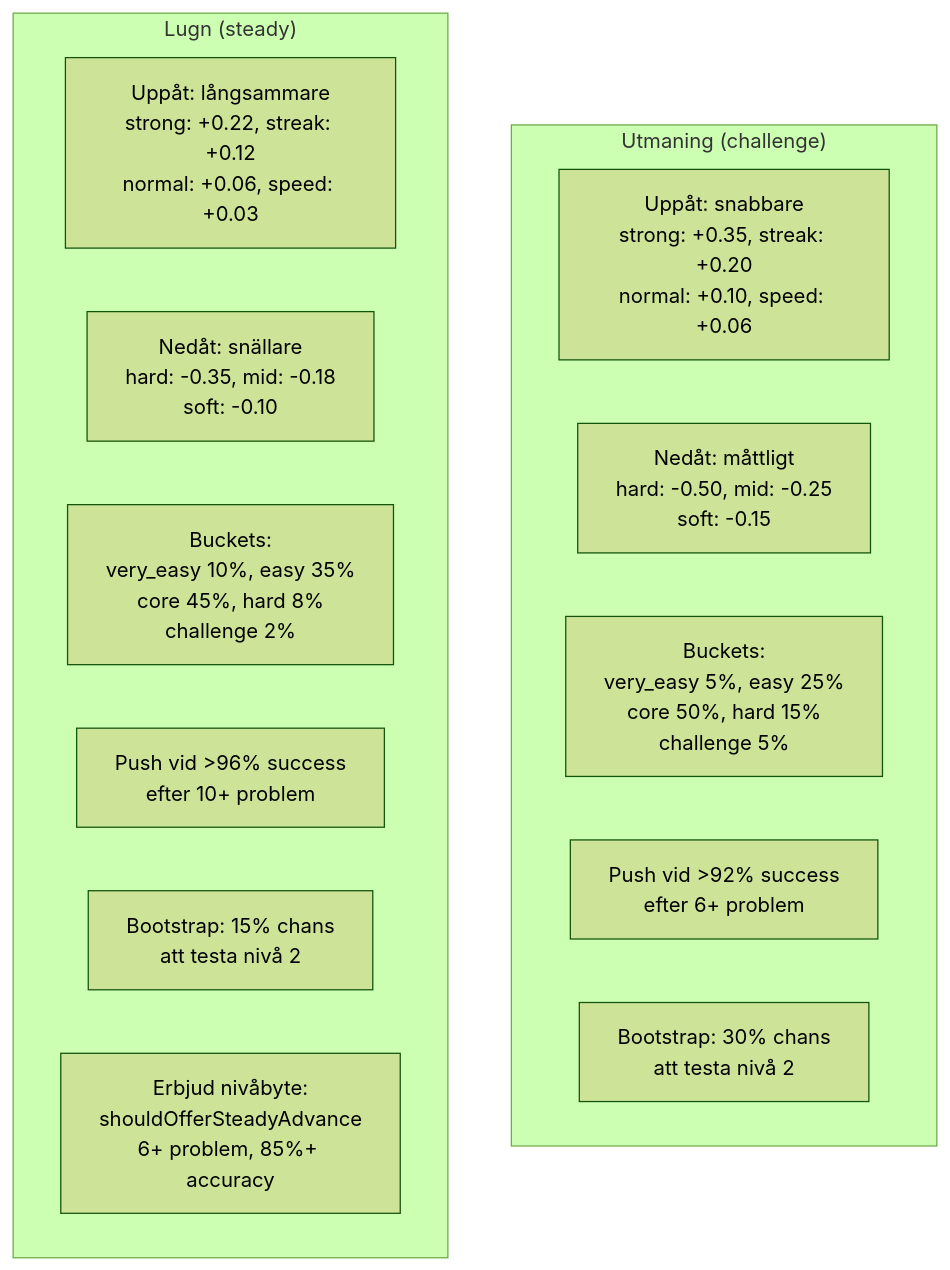
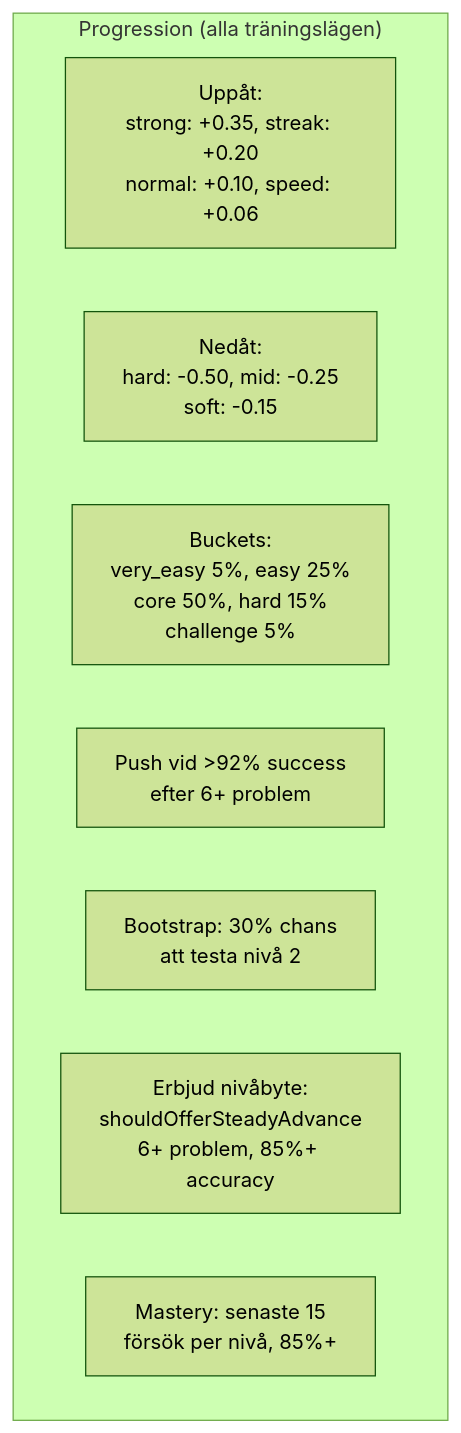
One commit to ximonse/sequential_math changed diagram 13 of 13 in docs/data-flow.md. Above: the diagram before and after it, drawn with Mermaid (forest theme). The commit also changed other lines of this file and 7 other files, not shown here.

First line of the commit message:
Switch free training to per-domain mastery floor with equal rotation

````diff
--- a/docs/data-flow.md
+++ b/docs/data-flow.md
@@ -566,19 +570,12 @@
 ```mermaid
 graph TB
-    subgraph Challenge ["Utmaning (challenge)"]
-        C_Up["Uppåt: snabbare<br/>strong: +0.35, streak: +0.20<br/>normal: +0.10, speed: +0.06"]
-        C_Down["Nedåt: måttligt<br/>hard: -0.50, mid: -0.25<br/>soft: -0.15"]
-        C_Bucket["Buckets:<br/>very_easy 5%, easy 25%<br/>core 50%, hard 15%<br/>challenge 5%"]
-        C_Push["Push vid >92% success<br/>efter 6+ problem"]
-        C_Boot["Bootstrap: 30% chans<br/>att testa nivå 2"]
-    end
-
-    subgraph Steady ["Lugn (steady)"]
-        S_Up["Uppåt: långsammare<br/>strong: +0.22, streak: +0.12<br/>normal: +0.06, speed: +0.03"]
-        S_Down["Nedåt: snällare<br/>hard: -0.35, mid: -0.18<br/>soft: -0.10"]
-        S_Bucket["Buckets:<br/>very_easy 10%, easy 35%<br/>core 45%, hard 8%<br/>challenge 2%"]
-        S_Push["Push vid >96% success<br/>efter 10+ problem"]
-        S_Boot["Bootstrap: 15% chans<br/>att testa nivå 2"]
-        S_Advance["Erbjud nivåbyte:<br/>shouldOfferSteadyAdvance<br/>6+ problem, 85%+ accuracy"]
+    subgraph Progression ["Progression (alla träningslägen)"]
+        P_Up["Uppåt:<br/>strong: +0.35, streak: +0.20<br/>normal: +0.10, speed: +0.06"]
+        P_Down["Nedåt:<br/>hard: -0.50, mid: -0.25<br/>soft: -0.15"]
+        P_Bucket["Buckets:<br/>very_easy 5%, easy 25%<br/>core 50%, hard 15%<br/>challenge 5%"]
+        P_Push["Push vid >92% success<br/>efter 6+ problem"]
+        P_Boot["Bootstrap: 30% chans<br/>att testa nivå 2"]
+        P_Advance["Erbjud nivåbyte:<br/>shouldOfferSteadyAdvance<br/>6+ problem, 85%+ accuracy"]
+        P_Mastery["Mastery: senaste 15<br/>försök per nivå, 85%+"]
     end
 ```
````
